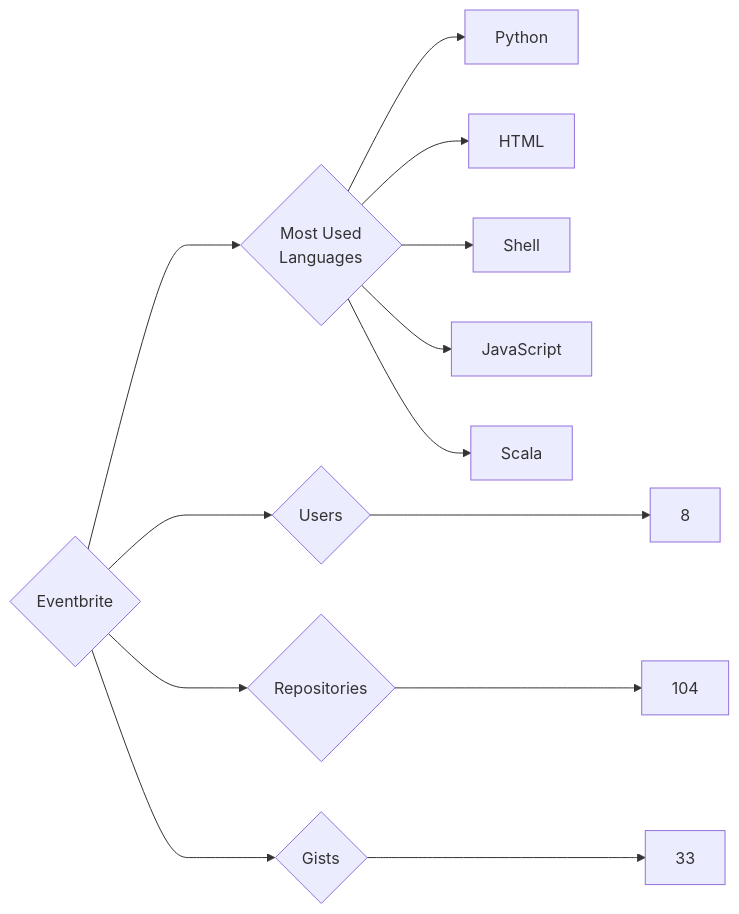
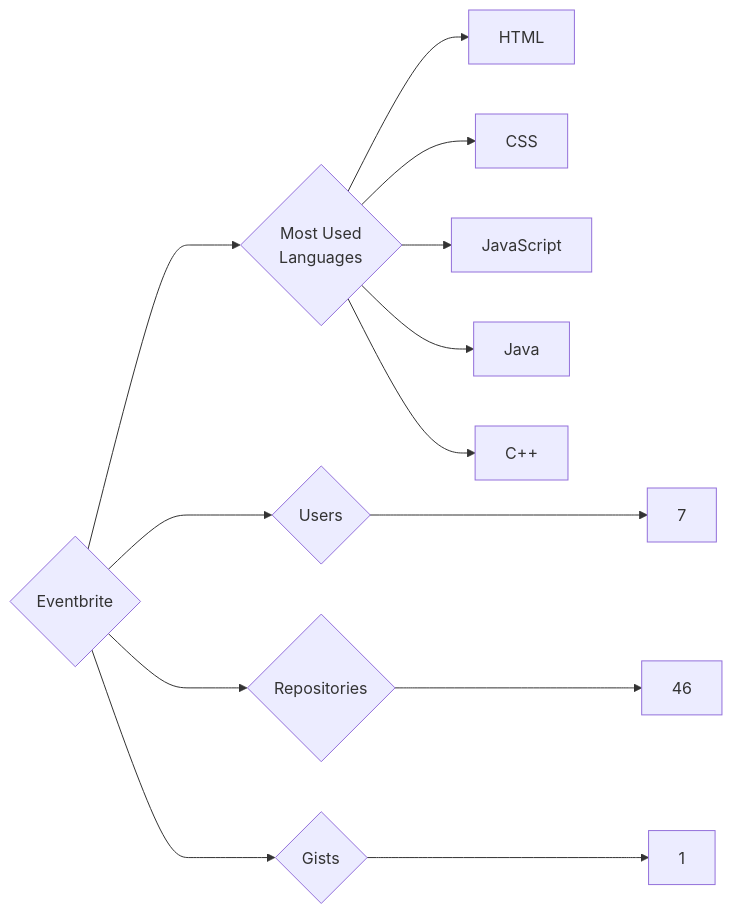
One commit to trickest/insiders changed the diagram in targets/Eventbrite/README.md. Above: the diagram before and after it, drawn with Mermaid. The commit also changed 1170 other files, not shown here.

````diff
--- a/targets/Eventbrite/README.md
+++ b/targets/Eventbrite/README.md
@@ -3,13 +3,13 @@
 ```mermaid
 graph LR
 COMPANY_NAME{Eventbrite}
-COMPANY_NAME ---> U{Users} ---> UN[8]
-COMPANY_NAME ---> R{Repositories} ---> RN[104]
-COMPANY_NAME ---> G{Gists} ---> GN[33]
+COMPANY_NAME ---> U{Users} ---> UN[7]
+COMPANY_NAME ---> R{Repositories} ---> RN[46]
+COMPANY_NAME ---> G{Gists} ---> GN[1]
 COMPANY_NAME ---> ML{Most Used<br>Languages}
-ML --> Python[Python]
 ML --> HTML[HTML]
-ML --> Shell[Shell]
+ML --> CSS[CSS]
 ML --> JavaScript[JavaScript]
-ML --> Scala[Scala]
+ML --> Java[Java]
+ML --> C++[C++]
 ```
````
